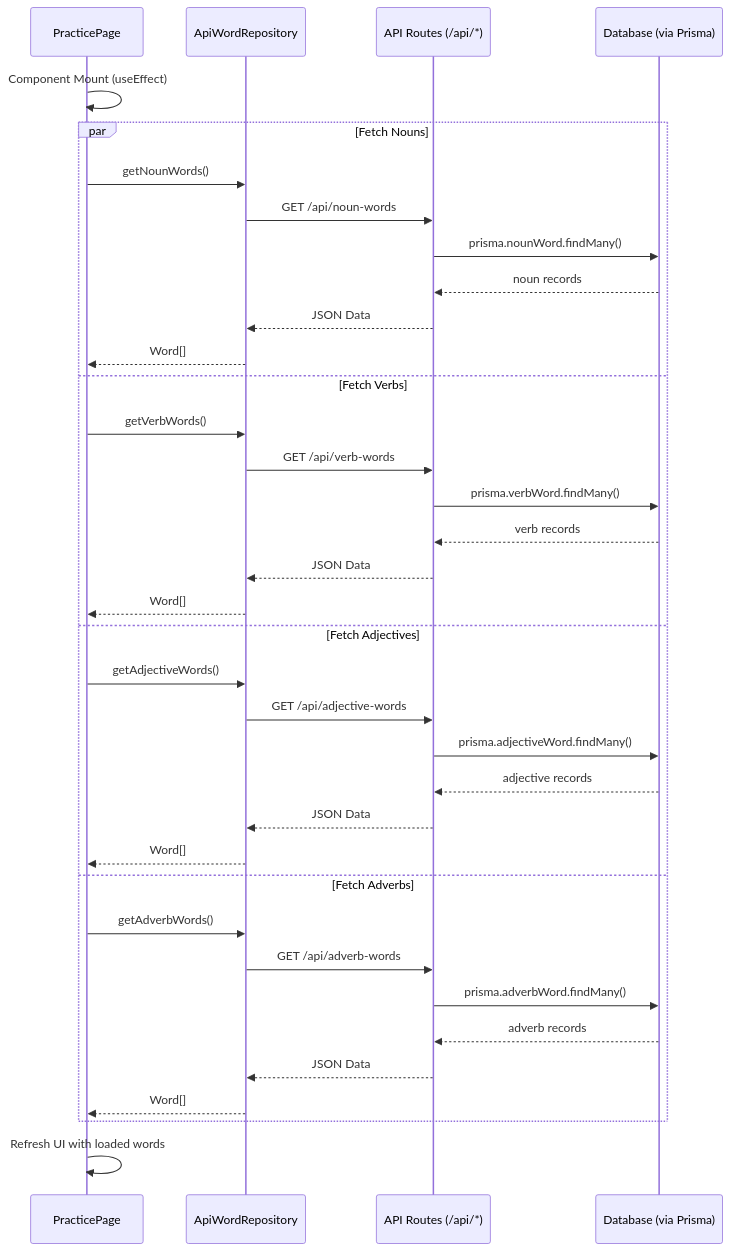
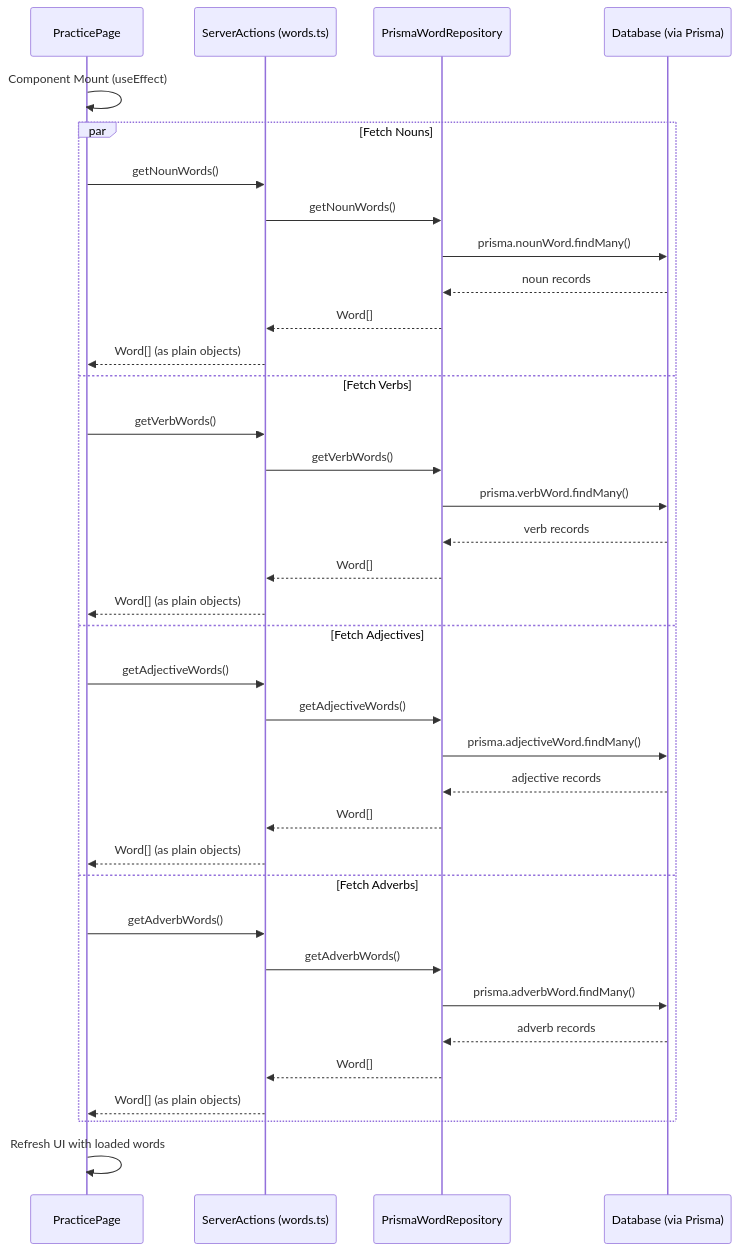
One commit to kayamak/grid9-english changed the diagram in docs/sequence-diagrams/practices/fetchInitialData.md. Above: the diagram before and after it, drawn with Mermaid. The commit also changed 4 other files, not shown here.

Commit message:
シーケンス図更新

````diff
--- a/docs/sequence-diagrams/practices/fetchInitialData.md
+++ b/docs/sequence-diagrams/practices/fetchInitialData.md
@@ -3,41 +3,41 @@
 ```mermaid
 sequenceDiagram
     participant Page as PracticePage
-    participant Repo as ApiWordRepository
-    participant API as API Routes (/api/*)
+    participant Action as ServerActions (words.ts)
+    participant Repo as PrismaWordRepository
     participant DB as Database (via Prisma)
 
     Page->>Page: Component Mount (useEffect)
     
     par Fetch Nouns
-        Page->>Repo: getNounWords()
-        Repo->>API: GET /api/noun-words
-        API->>DB: prisma.nounWord.findMany()
-        DB-->>API: noun records
-        API-->>Repo: JSON Data
-        Repo-->>Page: Word[]
+        Page->>Action: getNounWords()
+        Action->>Repo: getNounWords()
+        Repo->>DB: prisma.nounWord.findMany()
+        DB-->>Repo: noun records
+        Repo-->>Action: Word[]
+        Action-->>Page: Word[] (as plain objects)
     and Fetch Verbs
-        Page->>Repo: getVerbWords()
-        Repo->>API: GET /api/verb-words
-        API->>DB: prisma.verbWord.findMany()
-        DB-->>API: verb records
-        API-->>Repo: JSON Data
-        Repo-->>Page: Word[]
+        Page->>Action: getVerbWords()
+        Action->>Repo: getVerbWords()
+        Repo->>DB: prisma.verbWord.findMany()
+        DB-->>Repo: verb records
+        Repo-->>Action: Word[]
+        Action-->>Page: Word[] (as plain objects)
     and Fetch Adjectives
-        Page->>Repo: getAdjectiveWords()
-        Repo->>API: GET /api/adjective-words
-        API->>DB: prisma.adjectiveWord.findMany()
-        DB-->>API: adjective records
-        API-->>Repo: JSON Data
-        Repo-->>Page: Word[]
+        Page->>Action: getAdjectiveWords()
+        Action->>Repo: getAdjectiveWords()
+        Repo->>DB: prisma.adjectiveWord.findMany()
+        DB-->>Repo: adjective records
+        Repo-->>Action: Word[]
+        Action-->>Page: Word[] (as plain objects)
     and Fetch Adverbs
-        Page->>Repo: getAdverbWords()
-        Repo->>API: GET /api/adverb-words
-        API->>DB: prisma.adverbWord.findMany()
-        DB-->>API: adverb records
-        API-->>Repo: JSON Data
-        Repo-->>Page: Word[]
+        Page->>Action: getAdverbWords()
+        Action->>Repo: getAdverbWords()
+        Repo->>DB: prisma.adverbWord.findMany()
+        DB-->>Repo: adverb records
+        Repo-->>Action: Word[]
+        Action-->>Page: Word[] (as plain objects)
     end
 
     Page->>Page: Refresh UI with loaded words
 ```
````
